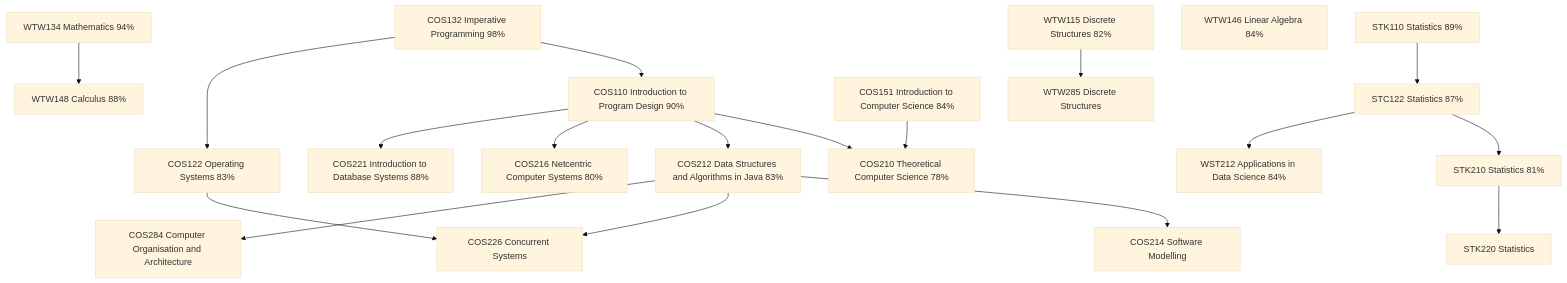
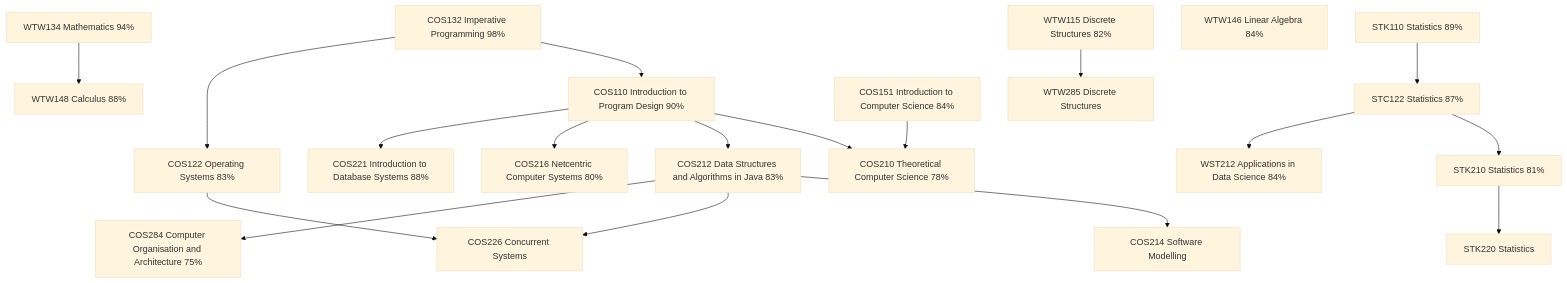
Before and after one commit to FJNel/FJNel: the diagram in README.md, drawn with Mermaid (base theme).

Commit message:
Update COS284 description with a percentage

````diff
--- a/README.md
+++ b/README.md
@@ -11,29 +11,29 @@
 ```mermaid
 graph TD
     COS132["COS132 Imperative Programming 98%"] --> COS110["COS110 Introduction to Program Design 90%"]
     COS132 --> COS122["COS122 Operating Systems 83%"]
     STK110["STK110 Statistics 89%"] --> STC122["STC122 Statistics 87%"]
     WTW134["WTW134 Mathematics 94%"] --> WTW148["WTW148 Calculus 88%"]
     WTW146["WTW146 Linear Algebra 84%"]
     WTW115["WTW115 Discrete Structures 82%"]
     COS151["COS151 Introduction to Computer Science 84%"] --> COS210["COS210 Theoretical Computer Science 78%"]
     COS110 --> COS210
     COS110 --> COS212["COS212 Data Structures and Algorithms in Java 83%"]
     COS110 --> COS216["COS216 Netcentric Computer Systems 80%"]
     COS110 --> COS221["COS221 Introduction to Database Systems 88%"]
     STC122 --> STK210["STK210 Statistics 81%"]
     STC122 --> WST212["WST212 Applications in Data Science 84%"]
 
     COS214["COS214 Software Modelling"]
     COS226["COS226 Concurrent Systems"]
-    COS284["COS284 Computer Organisation and Architecture"]
+    COS284["COS284 Computer Organisation and Architecture 75%"]
     STK220["STK220 Statistics"]
     WTW285["WTW285 Discrete Structures"]
 
     COS212 --> COS214
     COS122 --> COS226
     COS212 --> COS226
     COS212 --> COS284
     WTW115 --> WTW285
     STK210 --> STK220
 ```
````
